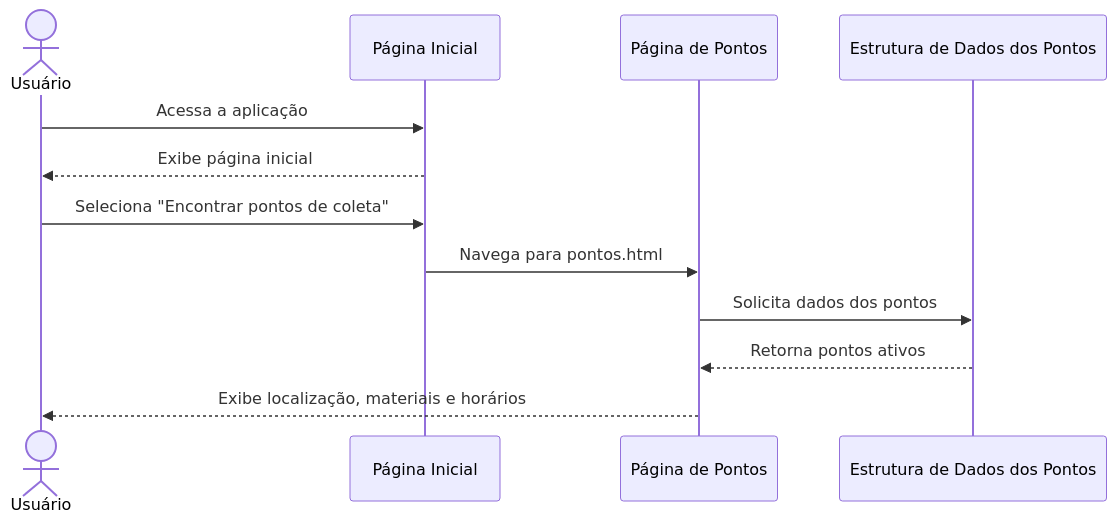
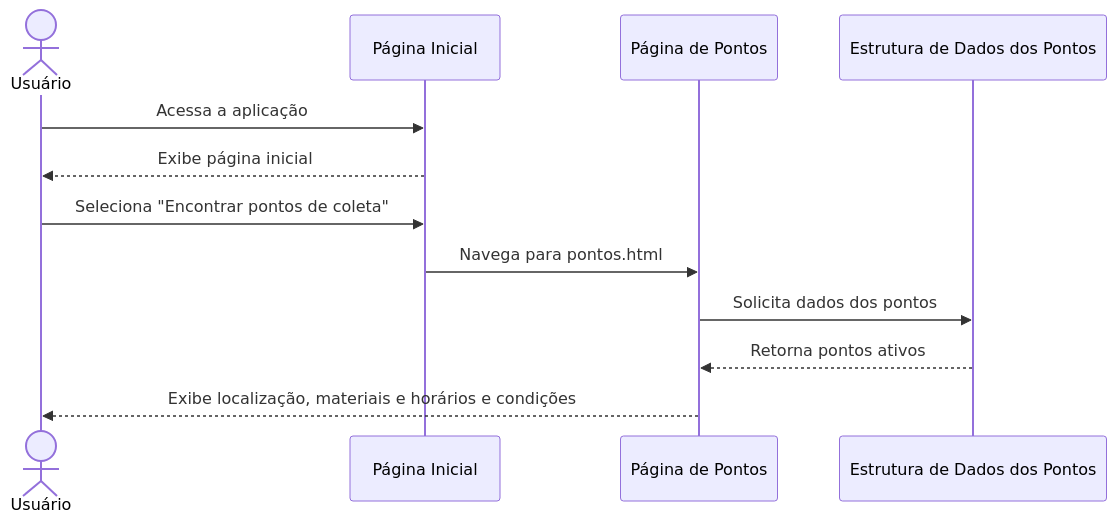
The first of 2 diagrams in docs/modelagem/modelagem.md (lucasensousa/coleta-mais), drawn with Mermaid before and after one commit. The commit also changed 2 other files, not shown here.

Commit message:
docs: atualiza matriz de rastreabilidade da sprint 3

````diff
--- a/docs/modelagem/modelagem.md
+++ b/docs/modelagem/modelagem.md
@@ -16,17 +16,17 @@
 ```mermaid
 sequenceDiagram
     actor Usuario as Usuário
     participant Inicio as Página Inicial
     participant Pontos as Página de Pontos
     participant Dados as Estrutura de Dados dos Pontos
 
     Usuario->>Inicio: Acessa a aplicação
     Inicio-->>Usuario: Exibe página inicial
 
     Usuario->>Inicio: Seleciona "Encontrar pontos de coleta"
     Inicio->>Pontos: Navega para pontos.html
 
     Pontos->>Dados: Solicita dados dos pontos
     Dados-->>Pontos: Retorna pontos ativos
-    Pontos-->>Usuario: Exibe localização, materiais e horários
+    Pontos-->>Usuario: Exibe localização, materiais e horários e condições
 ```
````
